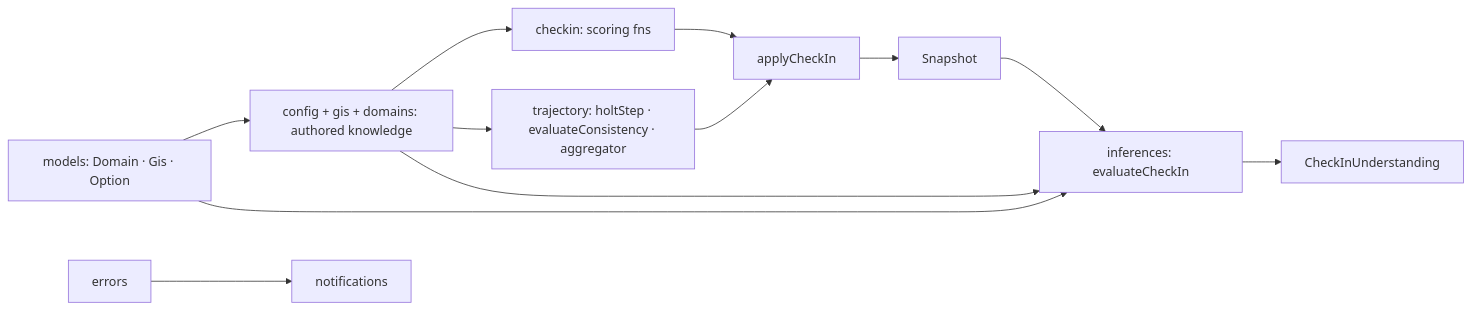
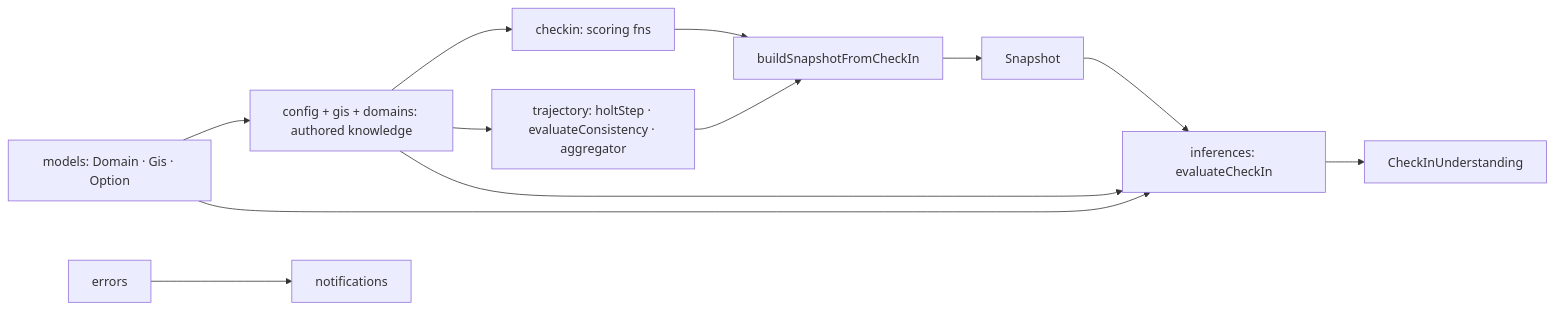
One commit to alph-a07/rival changed the diagram in src/domain/ARCHITECTURE.md. Above: the diagram before and after it, drawn with Mermaid. The commit also changed other lines of this file and 1 other file, not shown here.

Commit message:
docs: refine ARCHITECTURE.md sub-package descriptions with concrete details and updated structure

````diff
--- a/src/domain/ARCHITECTURE.md
+++ b/src/domain/ARCHITECTURE.md
@@ -49,14 +49,14 @@
 ```mermaid
 flowchart LR
     M[models: Domain · Gis · Option] --> DEF[config + gis + domains: authored knowledge]
     DEF --> C[checkin: scoring fns]
     DEF --> T[trajectory: holtStep · evaluateConsistency · aggregator]
-    C --> CP[applyCheckIn]
+    C --> CP[buildSnapshotFromCheckIn]
     T --> CP
     CP --> SNAPSHOT[Snapshot]
     M --> INF[inferences: evaluateCheckIn]
     DEF --> INF
     SNAPSHOT --> INF
     INF --> UNDERSTANDING[CheckInUnderstanding]
     ERR[errors] --> NOTIF[notifications]
 ```
````
